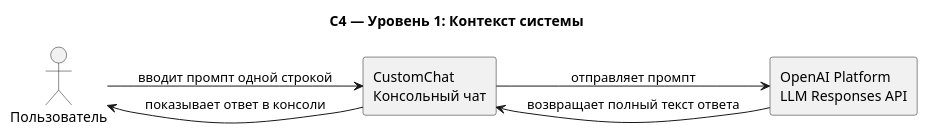
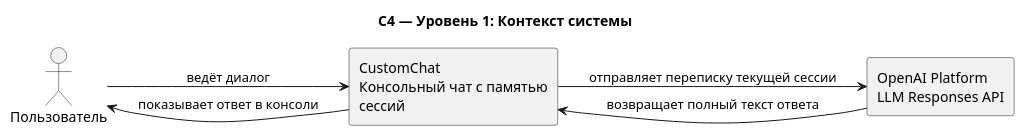
One commit to Dima163163/tg-bot changed the diagram in 03-codex-killer/docs/diagrams/c4-context.puml. Above: the diagram before and after it, drawn with PlantUML. The commit also changed 9 other files, not shown here.

```diff
--- a/03-codex-killer/docs/diagrams/c4-context.puml
+++ b/03-codex-killer/docs/diagrams/c4-context.puml
@@ -1,15 +1,15 @@
 @startuml
 title C4 — Уровень 1: Контекст системы
 left to right direction
 skinparam shadowing false
 skinparam wrapWidth 220
 
 actor "Пользователь" as user
-rectangle "CustomChat\nКонсольный чат" as app
+rectangle "CustomChat\nКонсольный чат с памятью сессий" as app
 rectangle "OpenAI Platform\nLLM Responses API" as openai
 
-user --> app : вводит промпт одной строкой
-app --> openai : отправляет промпт
+user --> app : ведёт диалог
+app --> openai : отправляет переписку текущей сессии
 openai --> app : возвращает полный текст ответа
 app --> user : показывает ответ в консоли
 @enduml
```
